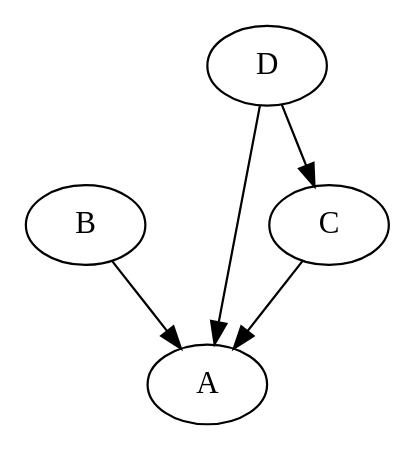
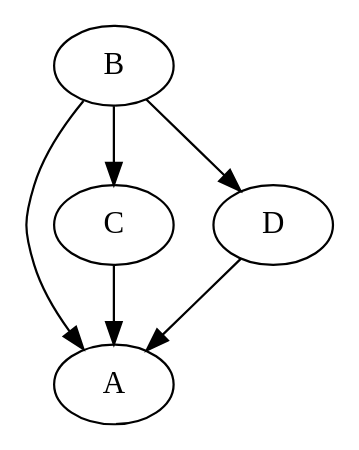
One commit to bkelsey2216/Advogato changed the diagram in master-graph.dot. Above: the diagram before and after it, drawn with Graphviz. The commit also changed 5 other files, not shown here.

```diff
--- a/master-graph.dot
+++ b/master-graph.dot
@@ -1,12 +1,12 @@
 digraph G {
    B -> A [level="Observer"];
+   B -> C [level="Observer"];
+   B -> D [level="Master"];
+   D -> A [level="Observer"];
    C -> A [level="Observer"];
-   D -> A [level="Master"];
-   D -> C [level="Observer"];
-   /*F -> A [level="Observer"];
-   G -> D [level="Observer"];
+   /*G -> D [level="Observer"];
    H -> C [level="Observer"];
    G -> E [level="Observer"];
    K -> J [level="Observer"];
    Q -> R [level="Master"];*/
 }
```
